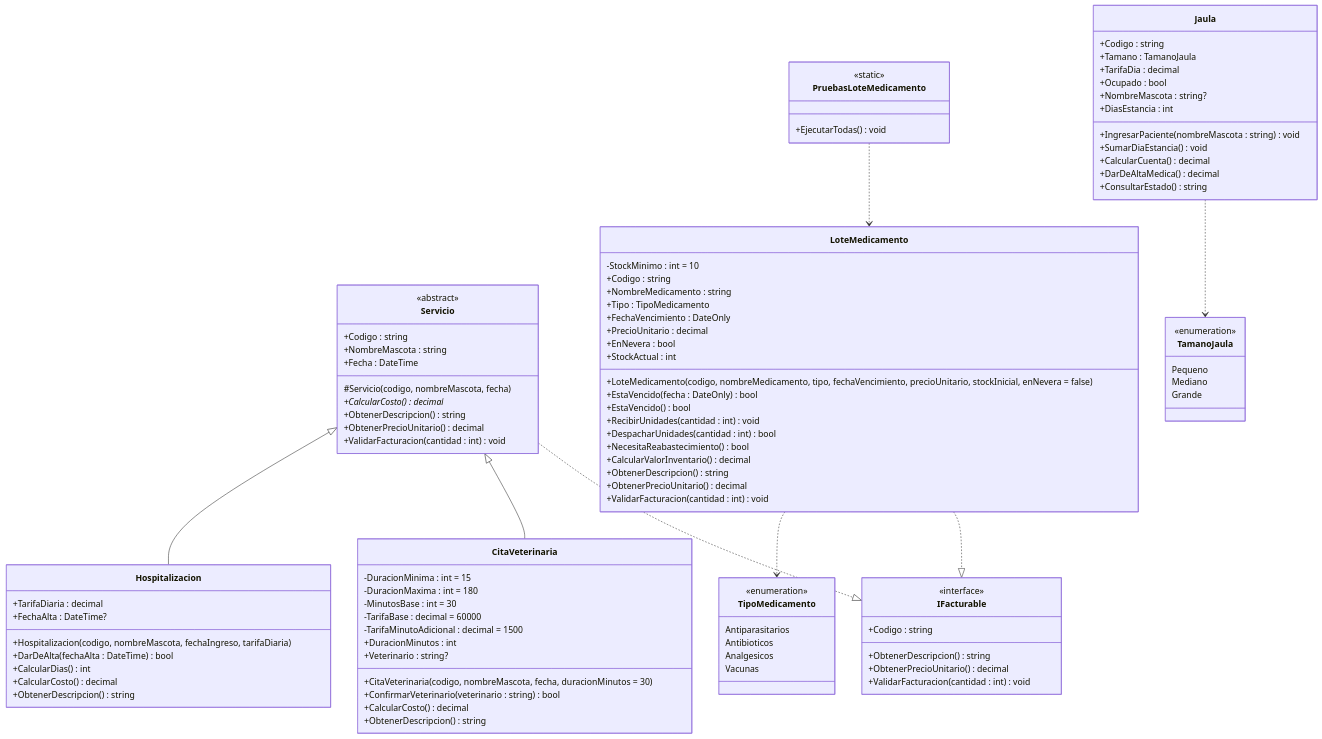
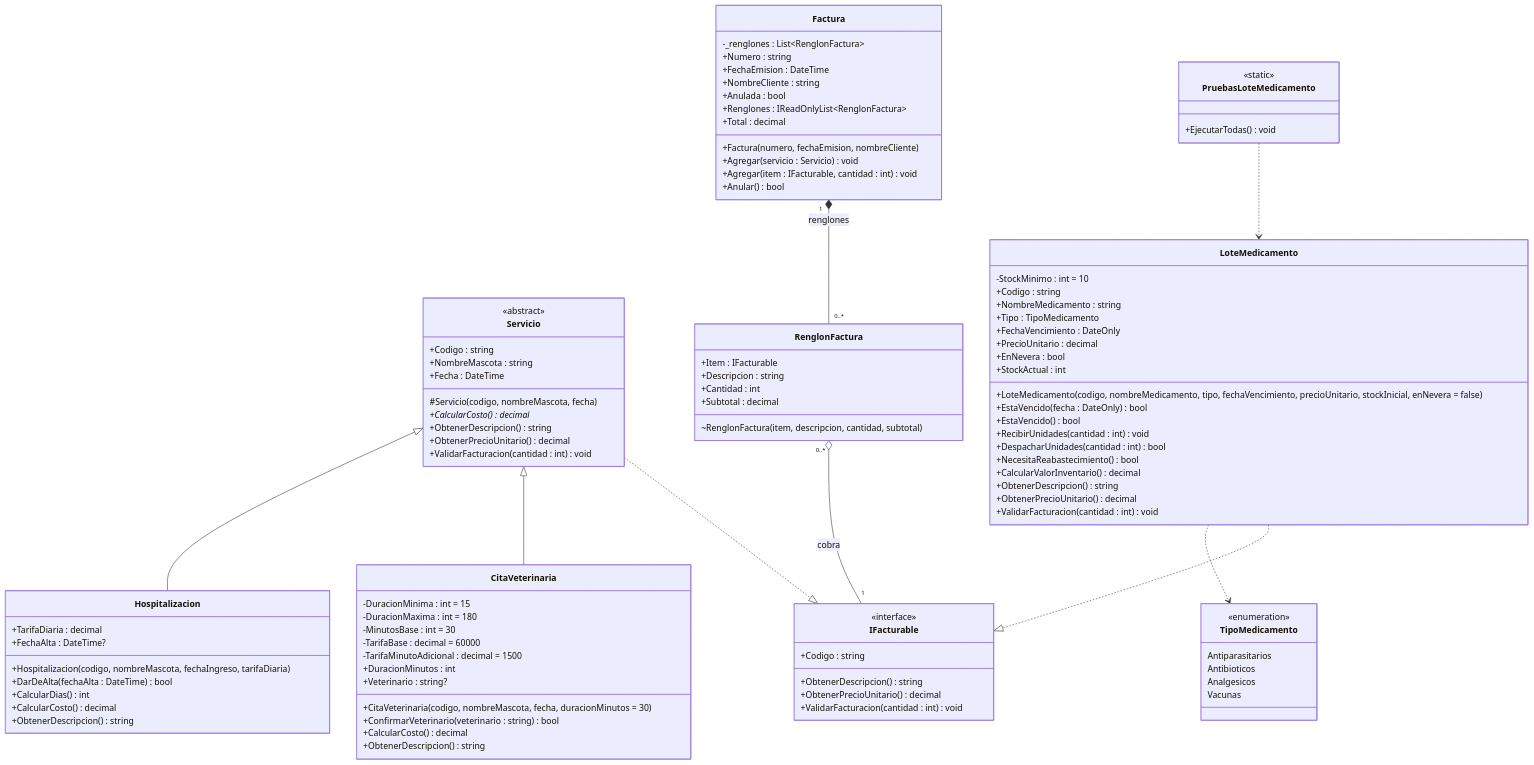
The diagram in README.md (AdelRamos-coder/TallerPetCare), drawn with Mermaid before and after one commit. The commit also changed other lines of this file and 3 other files, not shown here.

````diff
--- a/README.md
+++ b/README.md
@@ -115,18 +116,26 @@
         +EjecutarTodas() void
     }
 
-    class Jaula {
-        +Codigo : string
-        +Tamano : TamanoJaula
-        +TarifaDia : decimal
-        +Ocupado : bool
-        +NombreMascota : string?
-        +DiasEstancia : int
-        +IngresarPaciente(nombreMascota : string) void
-        +SumarDiaEstancia() void
-        +CalcularCuenta() decimal
-        +DarDeAltaMedica() decimal
-        +ConsultarEstado() string
+    class Factura {
+        -_renglones : List~RenglonFactura~
+        +Numero : string
+        +FechaEmision : DateTime
+        +NombreCliente : string
+        +Anulada : bool
+        +Renglones : IReadOnlyList~RenglonFactura~
+        +Total : decimal
+        +Factura(numero, fechaEmision, nombreCliente)
+        +Agregar(servicio : Servicio) void
+        +Agregar(item : IFacturable, cantidad : int) void
+        +Anular() bool
+    }
+
+    class RenglonFactura {
+        +Item : IFacturable
+        +Descripcion : string
+        +Cantidad : int
+        +Subtotal : decimal
+        ~RenglonFactura(item, descripcion, cantidad, subtotal)
     }
 
     class TipoMedicamento {
@@ -137,18 +146,12 @@
         Vacunas
     }
 
-    class TamanoJaula {
-        <<enumeration>>
-        Pequeno
-        Mediano
-        Grande
-    }
-
     Servicio ..|> IFacturable
     LoteMedicamento ..|> IFacturable
     Servicio <|-- CitaVeterinaria
     Servicio <|-- Hospitalizacion
+    Factura "1" *-- "0..*" RenglonFactura : renglones
+    RenglonFactura "0..*" o-- "1" IFacturable : cobra
     PruebasLoteMedicamento ..> LoteMedicamento
     LoteMedicamento ..> TipoMedicamento
-    Jaula ..> TamanoJaula
 ```
````
